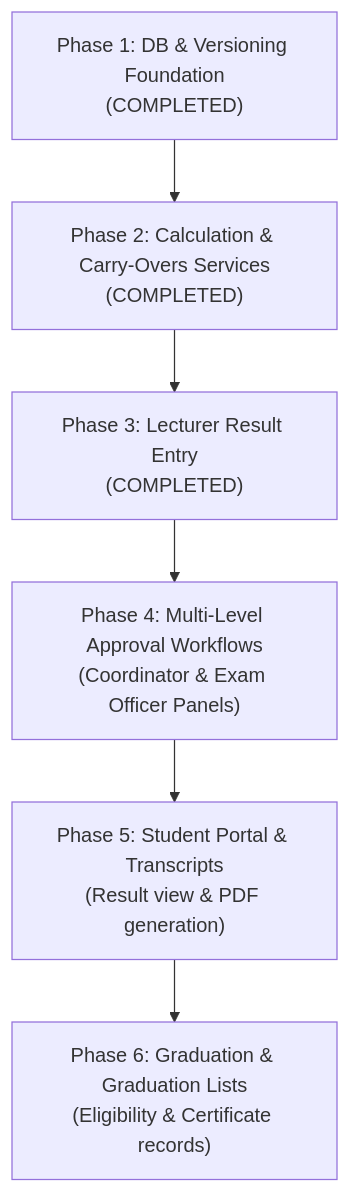
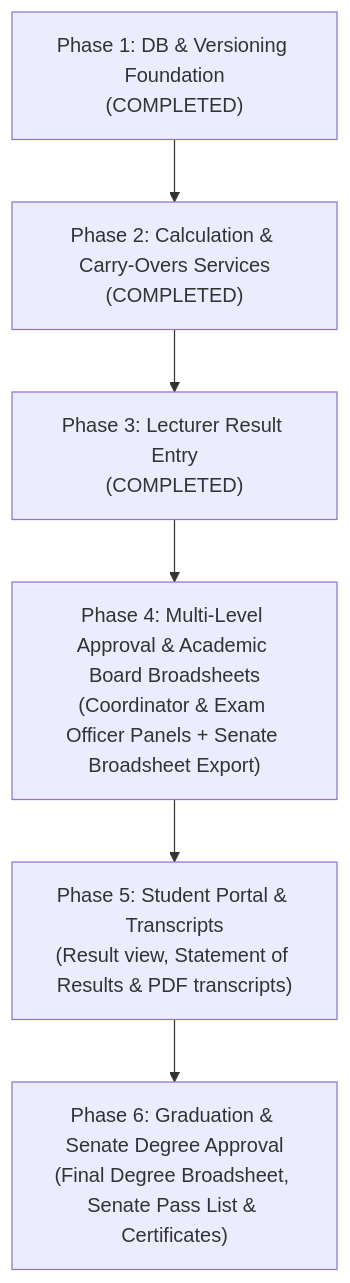
The diagram in result_processing_agent_phases.md (bashyauri/admission), drawn with Mermaid before and after one commit. The commit also changed other lines of this file and 6 other files, not shown here.

````diff
--- a/result_processing_agent_phases.md
+++ b/result_processing_agent_phases.md
@@ -21,8 +21,8 @@
 ```mermaid
 graph TD
     P1["Phase 1: DB & Versioning Foundation<br/>(COMPLETED)"] --> P2["Phase 2: Calculation & Carry-Overs Services<br/>(COMPLETED)"]
     P2 --> P3["Phase 3: Lecturer Result Entry<br/>(COMPLETED)"]
-    P3 --> P4["Phase 4: Multi-Level Approval Workflows<br/>(Coordinator & Exam Officer Panels)"]
-    P4 --> P5["Phase 5: Student Portal & Transcripts<br/>(Result view & PDF generation)"]
-    P5 --> P6["Phase 6: Graduation & Graduation Lists<br/>(Eligibility & Certificate records)"]
+    P3 --> P4["Phase 4: Multi-Level Approval & Academic Board Broadsheets<br/>(Coordinator & Exam Officer Panels + Senate Broadsheet Export)"]
+    P4 --> P5["Phase 5: Student Portal & Transcripts<br/>(Result view, Statement of Results & PDF transcripts)"]
+    P5 --> P6["Phase 6: Graduation & Senate Degree Approval<br/>(Final Degree Broadsheet, Senate Pass List & Certificates)"]
 ```
````
